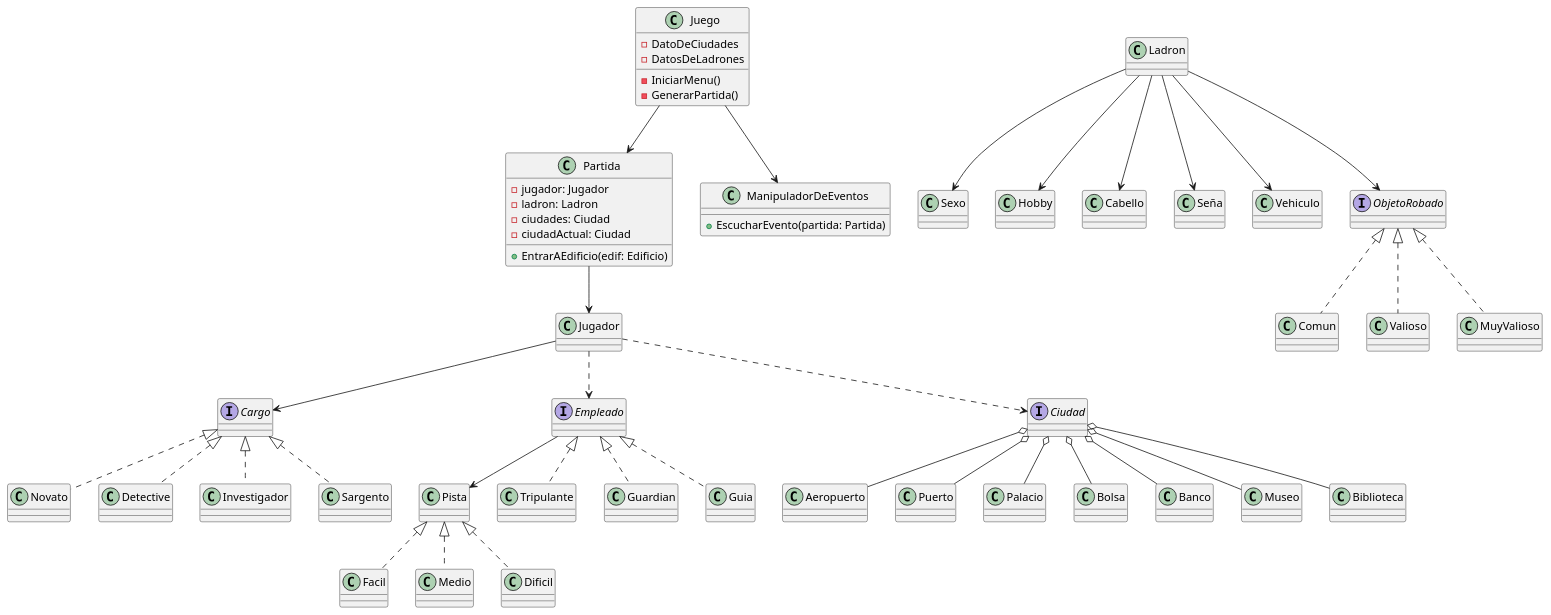
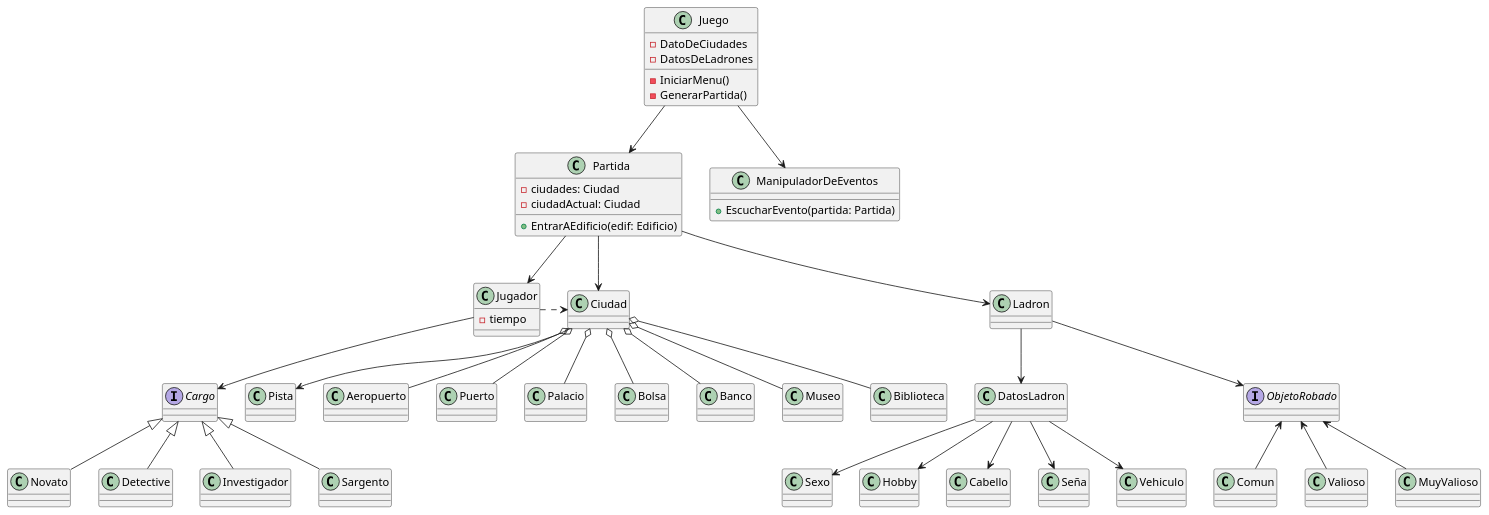
One commit to arilow/Algo3_TP2 changed the diagram in diagrams/classes/AlgoThief_Diagrama_Clase_UML.puml. Above: the diagram before and after it, drawn with PlantUML.

Commit message:
Se avanza diagrama de clases.

```diff
--- a/diagrams/classes/AlgoThief_Diagrama_Clase_UML.puml
+++ b/diagrams/classes/AlgoThief_Diagrama_Clase_UML.puml
@@ -1,107 +1,95 @@
 @startuml algoThief
 class Juego {
 - DatoDeCiudades
 - DatosDeLadrones
 
 - IniciarMenu()
 - GenerarPartida()
 
 }
 
 class Partida {
-- jugador: Jugador
-- ladron: Ladron
+' - jugador: Jugador
+' - ladron: Ladron
 - ciudades: Ciudad
 - ciudadActual: Ciudad
 
 + EntrarAEdificio(edif: Edificio)
 }
 
 
 class ManipuladorDeEventos {
 + EscucharEvento(partida: Partida)
 }
 
+class Jugador {
+    - tiempo
+}
+
 interface Pista{}
-
-class Facil{}
-class Medio{}
-class Dificil{}
-
 
 interface Cargo{}
 class Novato{}
 class Detective{}
 class Investigador{}
 class Sargento{}
 
-
-interface Empleado{}
-class Tripulante{}
-class Guardian{}
-class Guia{}
-interface Ciudad{
-}
 
 class Pista{
 }
 
 class Aeropuerto{}
 class Puerto{}
 class Palacio{}
 class Bolsa{}
 class Banco{}
 class Museo{}
 
 Jugador --> Cargo
-class Novato implements Cargo
-class Detective implements Cargo
-class Investigador implements Cargo
-class Sargento  implements Cargo
 
-class Tripulante implements Empleado
-class Guardian implements Empleado
-class Guia implements Empleado
+Cargo <|-- Novato
+Cargo <|-- Detective
+Cargo <|-- Investigador
+Cargo <|-- Sargento
 
 Ciudad o-- Aeropuerto
 Ciudad o-- Puerto
 Ciudad o-- Biblioteca
 Ciudad o-- Palacio
 Ciudad o-- Bolsa
 Ciudad o-- Banco
 Ciudad o-- Museo
 
 
 class Ladron{}
+class DatosLadron{}
 class Sexo{}
 
-
-Ladron --> Sexo
-Ladron --> Hobby
-Ladron --> Cabello
-Ladron --> Seña
-Ladron --> Vehiculo
+Ladron --> DatosLadron
+DatosLadron --> Sexo
+DatosLadron --> Hobby
+DatosLadron --> Cabello
+DatosLadron --> Seña
+DatosLadron --> Vehiculo
 
 interface ObjetoRobado{}
 class Comun{}
 class Valioso{}
 class MuyValioso{}
-class Comun implements ObjetoRobado
-class Valioso implements ObjetoRobado
-class MuyValioso implements ObjetoRobado
 
-class Medio implements Pista
-class Facil implements Pista
-class Dificil implements Pista
+ObjetoRobado <-- Comun
+ObjetoRobado <-- Valioso
+ObjetoRobado <-- MuyValioso
 
 Juego --> Partida
 Juego --> ManipuladorDeEventos
 
 Partida --> Jugador
+Partida --> Ladron
+Partida --> Ciudad
+Ciudad -->Pista
 
-Empleado-->Pista
-Jugador ..>Ciudad
-Jugador ..>Empleado
+Jugador .>Ciudad
 Ladron --> ObjetoRobado
 
 @enduml
```
